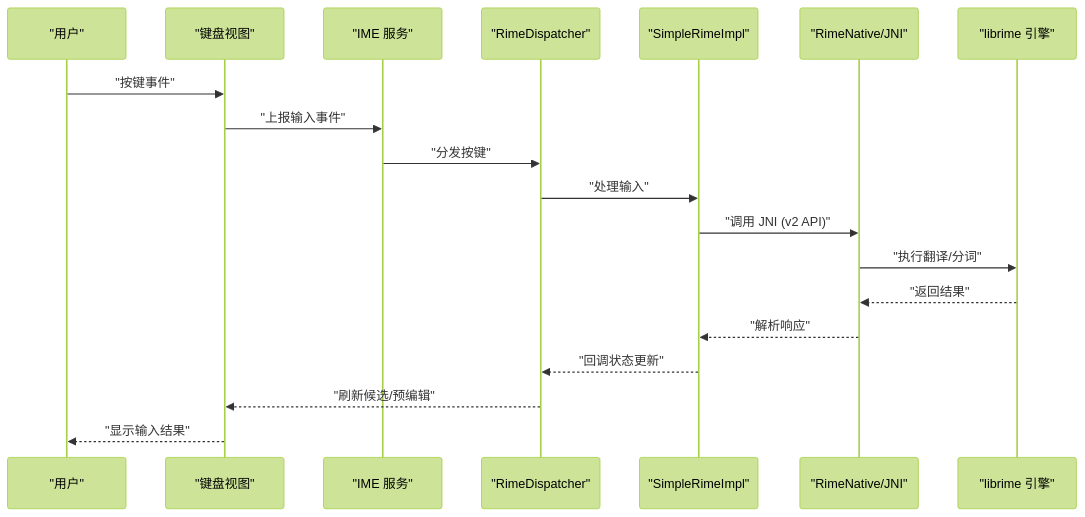
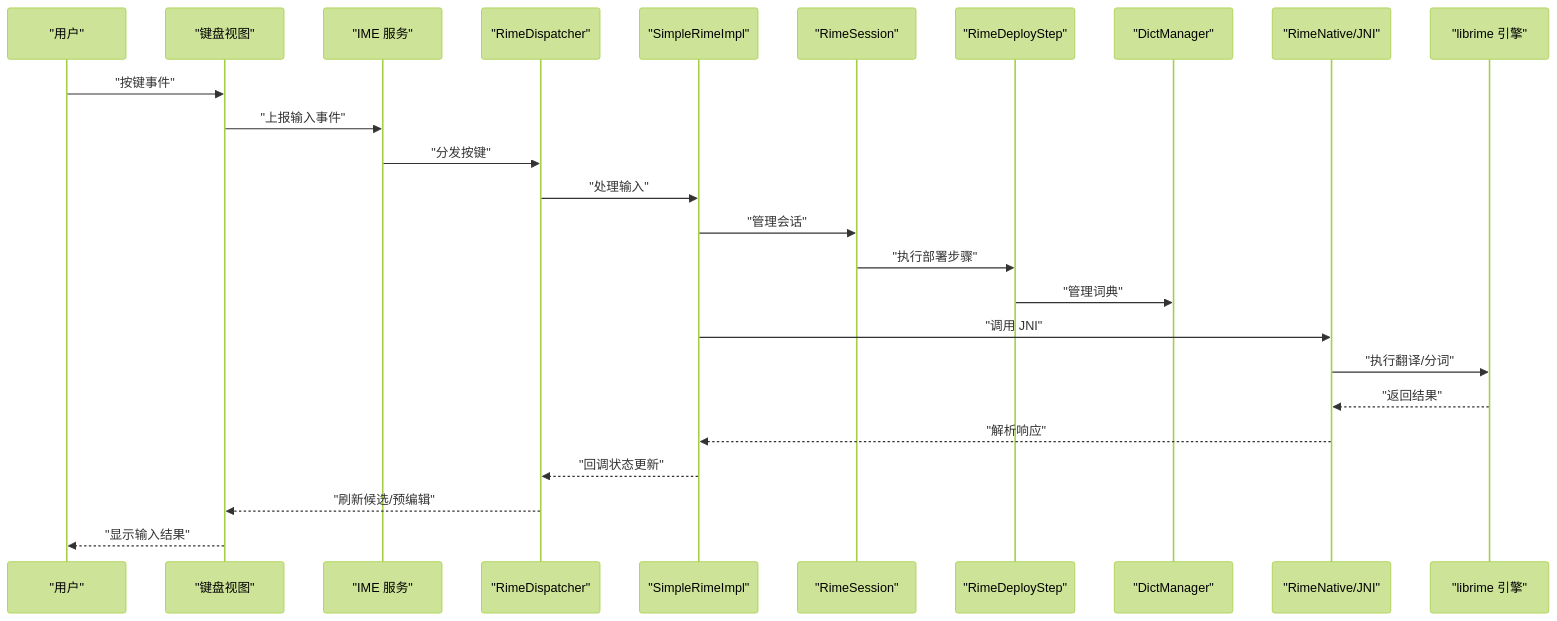
Before and after one commit to qiaodashaoye/ziyou-ime: the second of 10 diagrams in .qoder/repowiki/zh/content/项目概览/架构概览.md, drawn with Mermaid (forest theme). The commit also changed other lines of this file and 7 other files, not shown here.

````diff
--- a/.qoder/repowiki/zh/content/项目概览/架构概览.md
+++ b/.qoder/repowiki/zh/content/项目概览/架构概览.md
@@ -165,21 +144,27 @@
 ```mermaid
 sequenceDiagram
 participant User as "用户"
 participant View as "键盘视图"
 participant Service as "IME 服务"
 participant Dispatcher as "RimeDispatcher"
 participant Impl as "SimpleRimeImpl"
+participant Session as "RimeSession"
+participant DeployStep as "RimeDeployStep"
+participant DictMgr as "DictManager"
 participant Native as "RimeNative/JNI"
 participant Engine as "librime 引擎"
 User->>View : "按键事件"
 View->>Service : "上报输入事件"
 Service->>Dispatcher : "分发按键"
 Dispatcher->>Impl : "处理输入"
-Impl->>Native : "调用 JNI (v2 API)"
+Impl->>Session : "管理会话"
+Session->>DeployStep : "执行部署步骤"
+DeployStep->>DictMgr : "管理词典"
+Impl->>Native : "调用 JNI"
 Native->>Engine : "执行翻译/分词"
 Engine-->>Native : "返回结果"
 Native-->>Impl : "解析响应"
 Impl-->>Dispatcher : "回调状态更新"
 Dispatcher-->>View : "刷新候选/预编辑"
 View-->>User : "显示输入结果"
 ```
````
